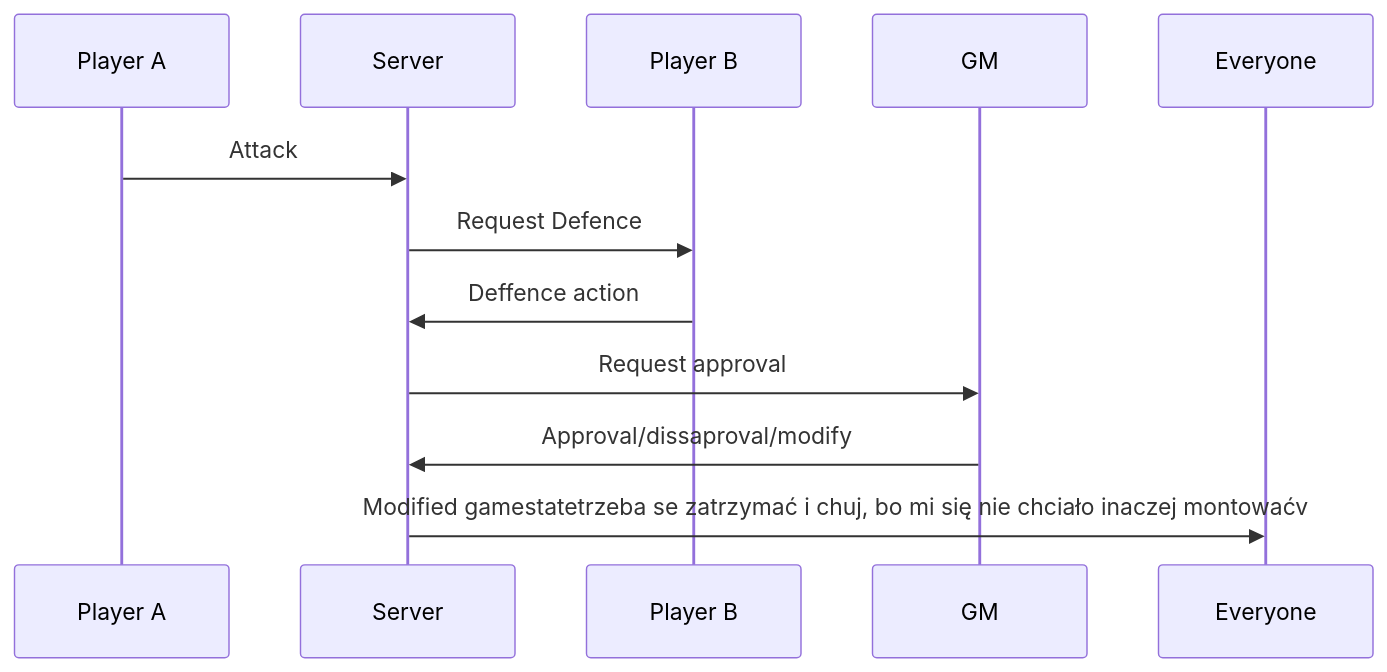
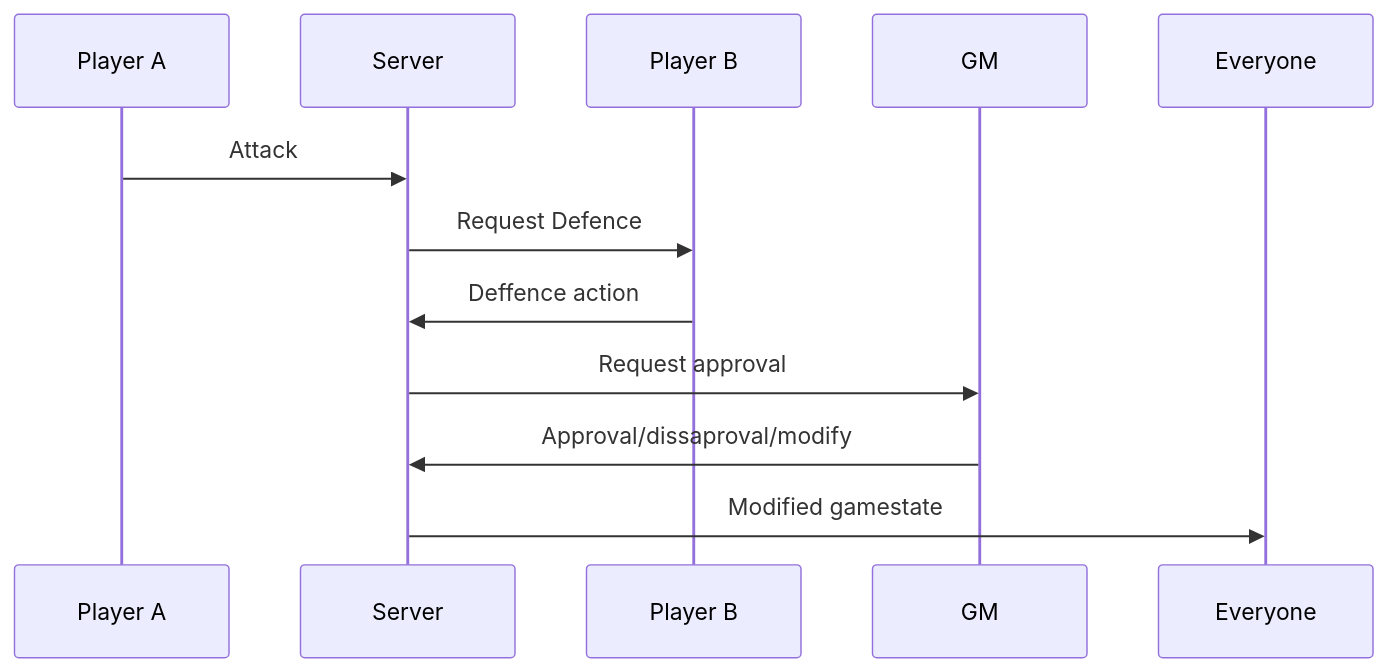
One commit to SAY10s/BURN2 changed the diagram in readme.md. Above: the diagram before and after it, drawn with Mermaid.

Commit message:
FIX: typo in readme.md

````diff
--- a/readme.md
+++ b/readme.md
@@ -48,9 +48,9 @@
 ```mermaid
 sequenceDiagram
   Player A->>Server: Attack
   Server->>Player B: Request Defence
   Player B->>Server: Deffence action
   Server->>GM: Request approval
   GM->>Server: Approval/dissaproval/modify
-  Server->>Everyone: Modified gamestatetrzeba se zatrzymać i chuj, bo mi się nie chciało inaczej montowaćv
+  Server->>Everyone: Modified gamestate
 ```
````
